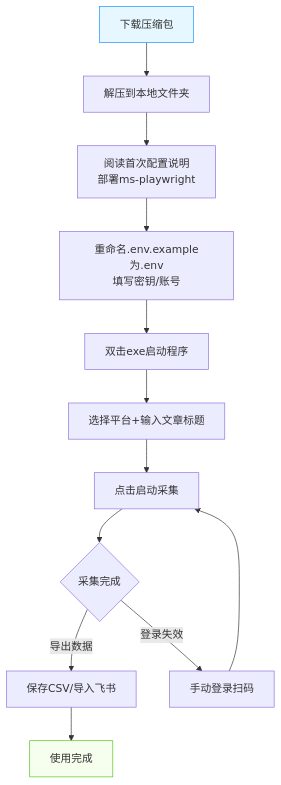
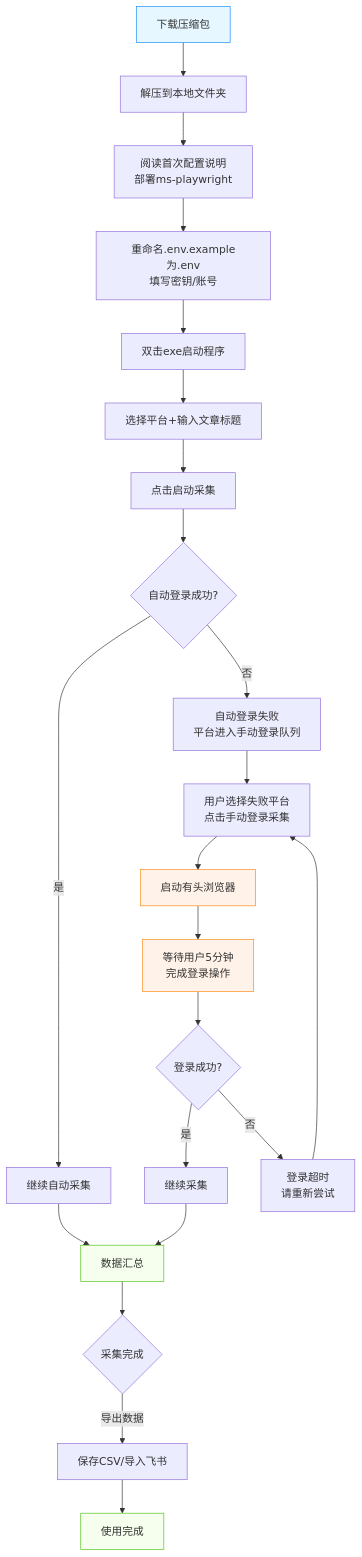
One commit to JakeFan-2/multi-platform-content-crawler changed the fifth of 5 diagrams in multi_platform_crawler/docs/README.md. Above: the diagram before and after it, drawn with Mermaid.

Commit message:
feat: 优化打包版使用流程图，添加自动登录失败时的手动登录流程

````diff
--- a/multi_platform_crawler/docs/README.md
+++ b/multi_platform_crawler/docs/README.md
@@ -213,18 +213,31 @@
 ```mermaid
 flowchart TB 
     Start[下载压缩包] --> Step1[解压到本地文件夹] 
     Step1 --> Step2[阅读首次配置说明<br/>部署ms-playwright] 
     Step2 --> Step3[重命名.env.example为.env<br/>填写密钥/账号] 
     Step3 --> Step4[双击exe启动程序] 
     Step4 --> Step5[选择平台+输入文章标题] 
     Step5 --> Step6[点击启动采集] 
-    Step6 --> Step7{采集完成} 
-    Step7 -->|导出数据| Step8[保存CSV/导入飞书] 
-    Step7 -->|登录失效| Step9[手动登录扫码] 
-    Step8 --> End[使用完成] 
-    Step9 --> Step6 
+    Step6 --> Step7{自动登录成功?} 
+    Step7 -->|是| Step8[继续自动采集] 
+    Step7 -->|否| Step9[自动登录失败<br/>平台进入手动登录队列] 
+    Step9 --> Step10[用户选择失败平台<br/>点击手动登录采集] 
+    Step10 --> Step11[启动有头浏览器] 
+    Step11 --> Step12[等待用户5分钟<br/>完成登录操作] 
+    Step12 --> Step13{登录成功?} 
+    Step13 -->|是| Step14[继续采集] 
+    Step13 -->|否| Step15[登录超时<br/>请重新尝试] 
+    Step14 --> Step16[数据汇总] 
+    Step8 --> Step16 
+    Step16 --> Step17{采集完成} 
+    Step17 -->|导出数据| Step18[保存CSV/导入飞书] 
+    Step18 --> End[使用完成] 
+    Step15 --> Step10 
 
     %% 配色 
     style Start fill:#e6f7ff,stroke:#1890ff 
     style End fill:#f6ffed,stroke:#52c41a 
+    style Step11 fill:#fff2e8,stroke:#fa8c16 
+    style Step12 fill:#fff2e8,stroke:#fa8c16 
+    style Step16 fill:#f6ffed,stroke:#52c41a 
 ```
````
